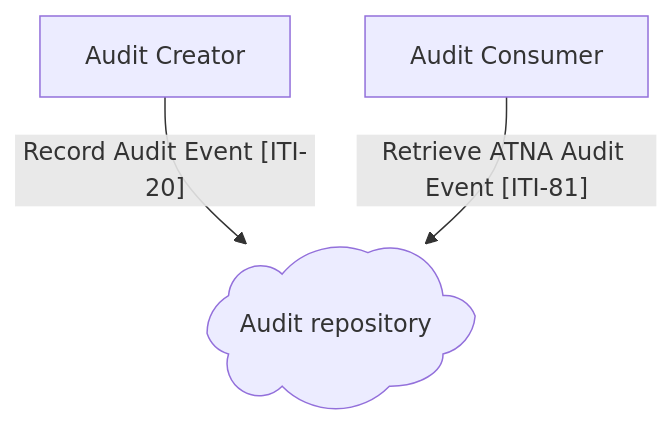
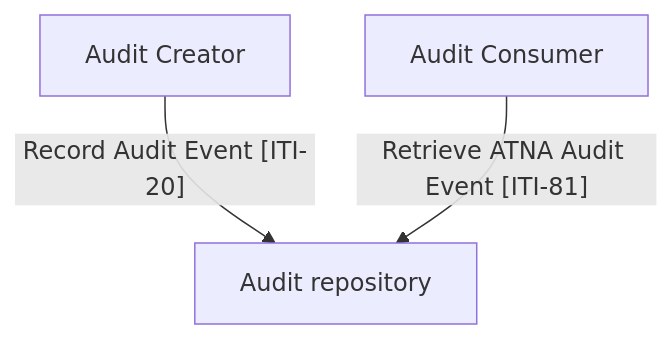
One commit to uk-gov-mirror/nw-gmsa.nw-gmsa.github.com changed the second of 2 diagrams in input/pagecontent/security.md. Above: the diagram before and after it, drawn with Mermaid. The commit also changed other lines of this file, not shown here.

````diff
--- a/input/pagecontent/security.md
+++ b/input/pagecontent/security.md
@@ -82,10 +82,10 @@
 ```mermaid
 graph TD;
 
 creator[Audit Creator]
-repository@{shape: cloud, label: "Audit repository"}
+repository[Audit repository]
 consumer[Audit Consumer]
 
 creator --> |"Record Audit Event [ITI-20]"| repository
 consumer --> |"Retrieve ATNA Audit Event [ITI-81]"| repository
 ```
````
